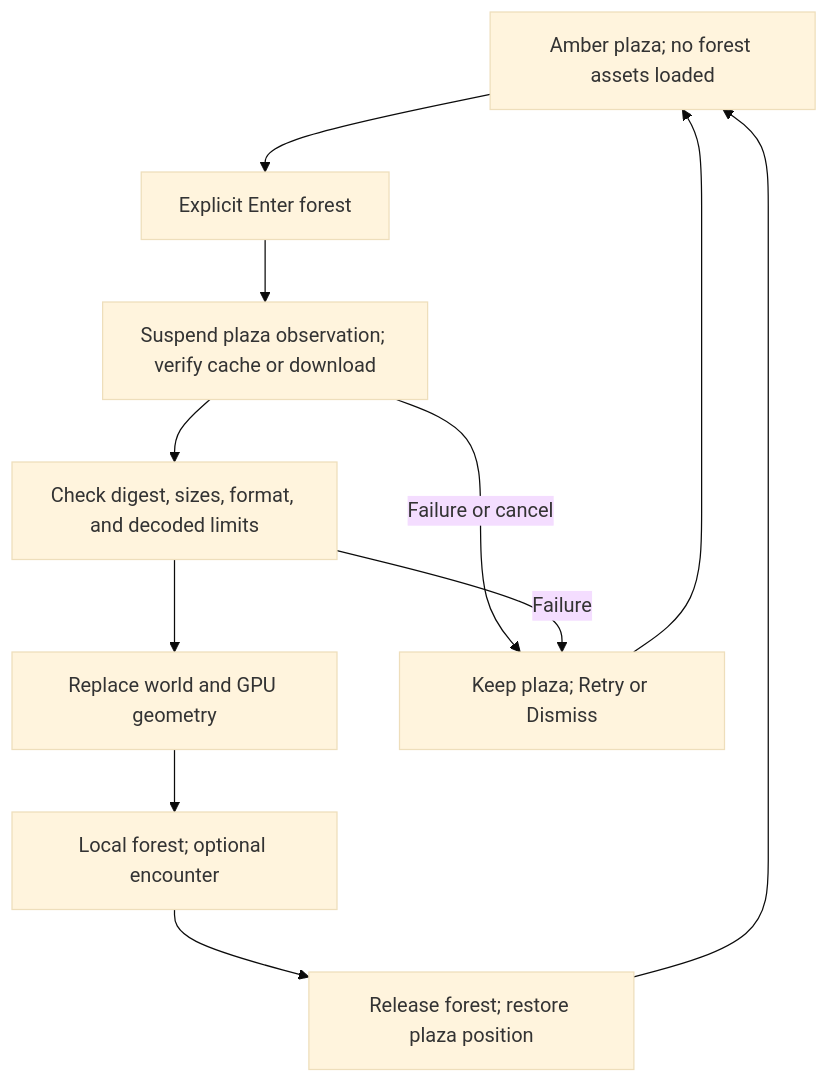
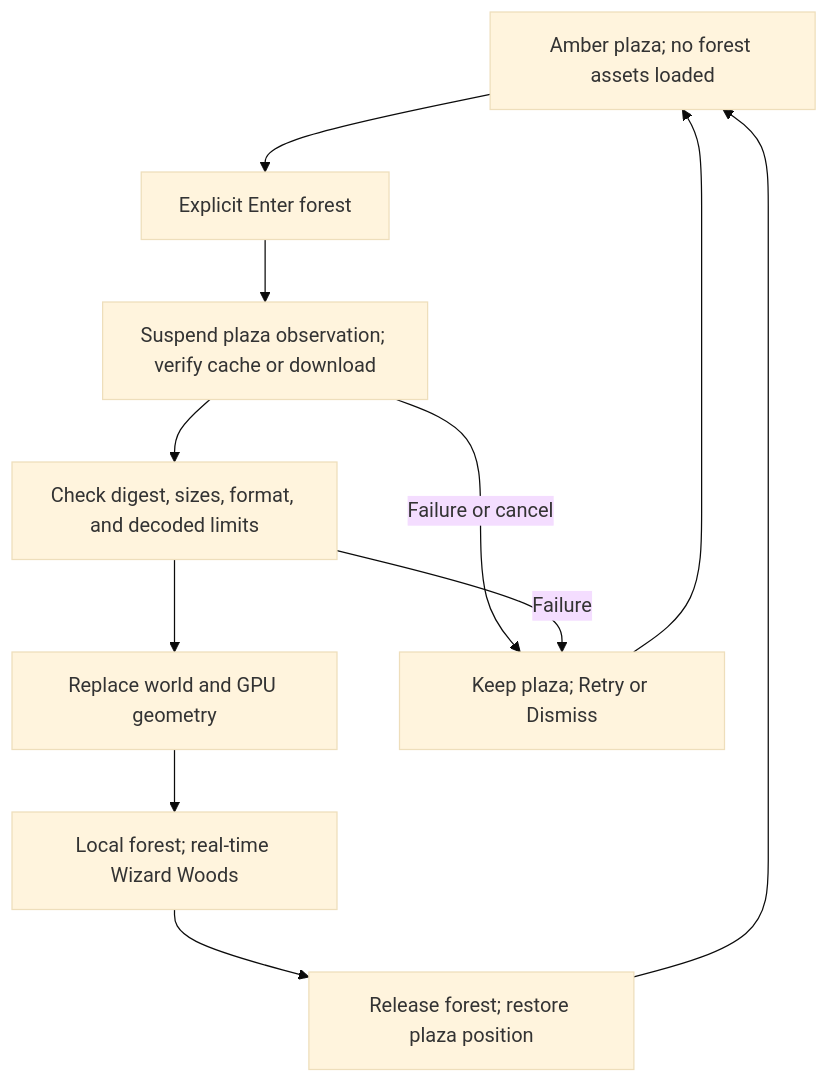
One commit to OpenAgentsInc/openagents changed the diagram in docs/verse/zones.md. Above: the diagram before and after it, drawn with Mermaid (base theme). The commit also changed other lines of this file and 278 other files, not shown here.

First line of the commit message:
fix(verse): restore original Atlantis real-time combat and mobile casting

````diff
--- a/docs/verse/zones.md
+++ b/docs/verse/zones.md
@@ -119,21 +127,21 @@
 ```mermaid
 flowchart TD
     Plaza["Amber plaza; no forest assets loaded"]
     Entry["Explicit Enter forest"]
     Prepare["Suspend plaza observation; verify cache or download"]
     Decode["Check digest, sizes, format, and decoded limits"]
     Replace["Replace world and GPU geometry"]
-    Forest["Local forest; optional encounter"]
+    Forest["Local forest; real-time Wizard Woods"]
     Return["Release forest; restore plaza position"]
     Failed["Keep plaza; Retry or Dismiss"]
     Plaza --> Entry
     Entry --> Prepare
     Prepare --> Decode
     Decode --> Replace
     Replace --> Forest
     Prepare -->|Failure or cancel| Failed
     Decode -->|Failure| Failed
     Failed --> Plaza
     Forest --> Return
     Return --> Plaza
 ```
````
